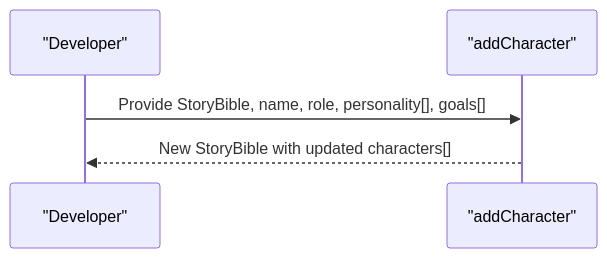
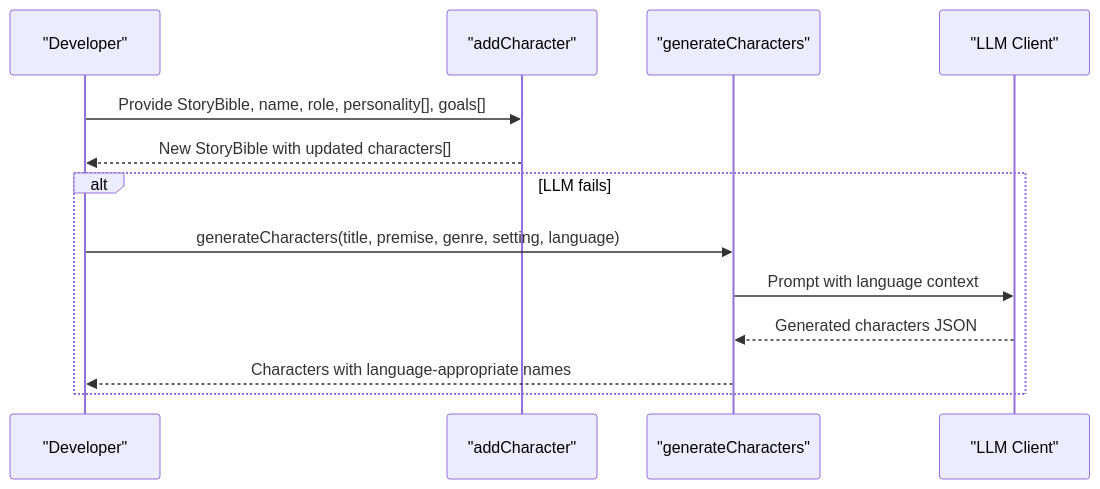
Before and after one commit to liwonder/NARRITIVE_OS: the eighth of 13 diagrams in .qoder/repowiki/en/content/Story Management System/Story Bible Management.md, drawn with Mermaid. The commit also changed other lines of this file and 10 other files, not shown here.

Commit message:
can generate the character names

````diff
--- a/.qoder/repowiki/en/content/Story Management System/Story Bible Management.md
+++ b/.qoder/repowiki/en/content/Story Management System/Story Bible Management.md
@@ -262,7 +335,15 @@
 ```mermaid
 sequenceDiagram
 participant Dev as "Developer"
 participant API as "addCharacter"
+participant GC as "generateCharacters"
+participant LLM as "LLM Client"
 Dev->>API : Provide StoryBible, name, role, personality[], goals[]
 API-->>Dev : New StoryBible with updated characters[]
+alt LLM fails
+Dev->>GC : generateCharacters(title, premise, genre, setting, language)
+GC->>LLM : Prompt with language context
+LLM-->>GC : Generated characters JSON
+GC-->>Dev : Characters with language-appropriate names
+end
 ```
````
